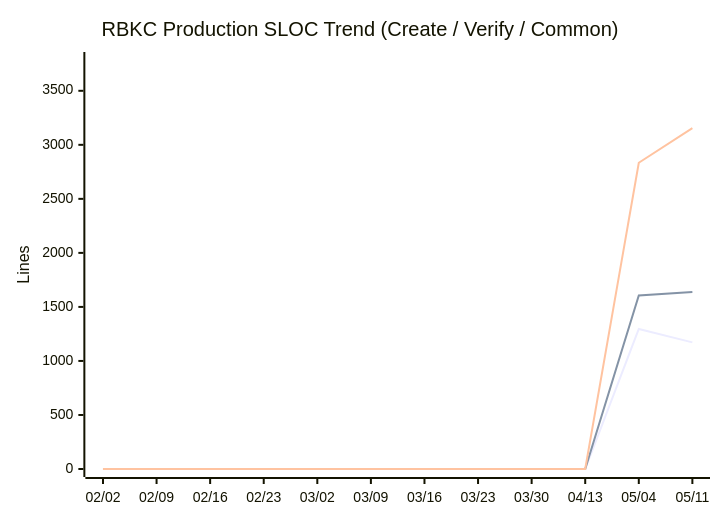
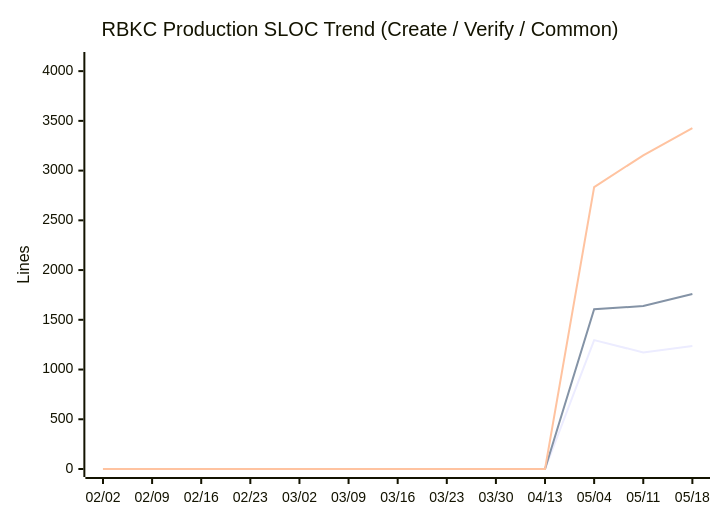
Before and after one commit to nablarch/nabledge-dev: diagram 11 of 14 in docs/metrics.md, drawn with Mermaid. The commit also changed other lines of this file and 2 other files, not shown here.

````diff
--- a/docs/metrics.md
+++ b/docs/metrics.md
@@ -146,9 +146,9 @@
 ```mermaid
 xychart-beta
   title "RBKC Production SLOC Trend (Create / Verify / Common)"
-  x-axis ["02/02", "02/09", "02/16", "02/23", "03/02", "03/09", "03/16", "03/23", "03/30", "04/13", "05/04", "05/11"]
-  y-axis "Lines" 0 --> 3785
-  line [0, 0, 0, 0, 0, 0, 0, 0, 0, 0, 1296, 1172]
-  line [0, 0, 0, 0, 0, 0, 0, 0, 0, 0, 1606, 1638]
-  line [0, 0, 0, 0, 0, 0, 0, 0, 0, 0, 2834, 3154]
+  x-axis ["02/02", "02/09", "02/16", "02/23", "03/02", "03/09", "03/16", "03/23", "03/30", "04/13", "05/04", "05/11", "05/18"]
+  y-axis "Lines" 0 --> 4112
+  line [0, 0, 0, 0, 0, 0, 0, 0, 0, 0, 1296, 1172, 1236]
+  line [0, 0, 0, 0, 0, 0, 0, 0, 0, 0, 1606, 1638, 1759]
+  line [0, 0, 0, 0, 0, 0, 0, 0, 0, 0, 2834, 3154, 3426]
 ```
````
